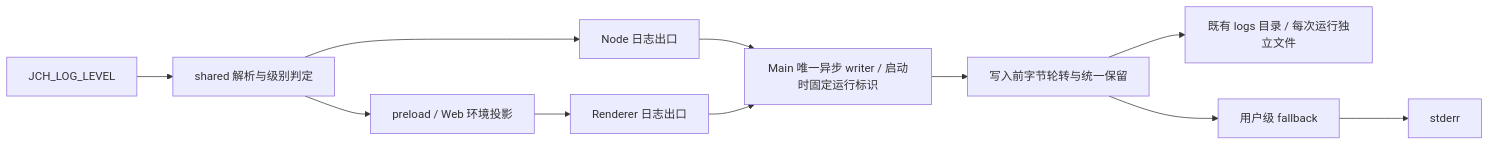
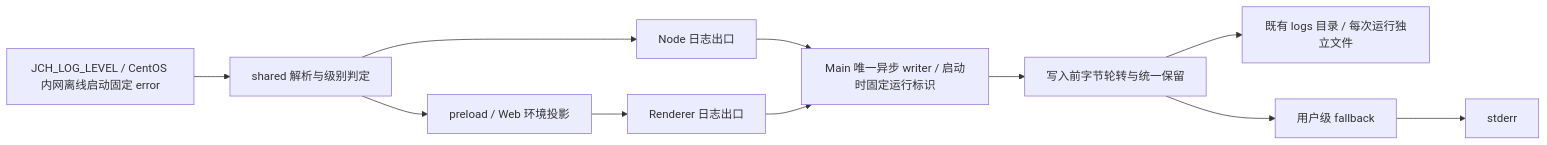
One commit to jchanghong023/OmpCode changed the diagram in docs/requirements/logging.md. Above: the diagram before and after it, drawn with Mermaid. The commit also changed other lines of this file and 4 other files, not shown here.

````diff
--- a/docs/requirements/logging.md
+++ b/docs/requirements/logging.md
@@ -16,13 +17,13 @@
 ```mermaid
 flowchart LR
-  E[JCH_LOG_LEVEL] --> C[shared 解析与级别判定]
+  E[JCH_LOG_LEVEL / CentOS 内网离线启动固定 error] --> C[shared 解析与级别判定]
   C --> N[Node 日志出口]
   C --> P[preload / Web 环境投影]
   P --> R[Renderer 日志出口]
   N --> M[Main 唯一异步 writer / 启动时固定运行标识]
   R --> M
   M --> F[写入前字节轮转与统一保留]
   F --> L[既有 logs 目录 / 每次运行独立文件]
   F --> B[用户级 fallback]
   B --> S[stderr]
 ```
````
